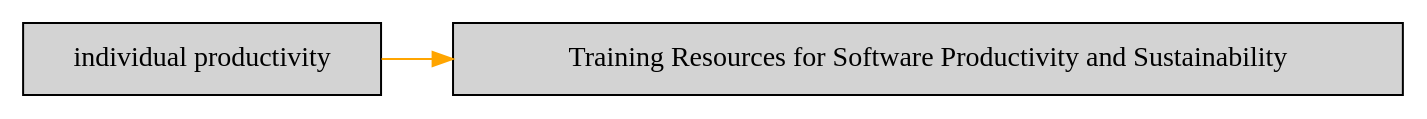
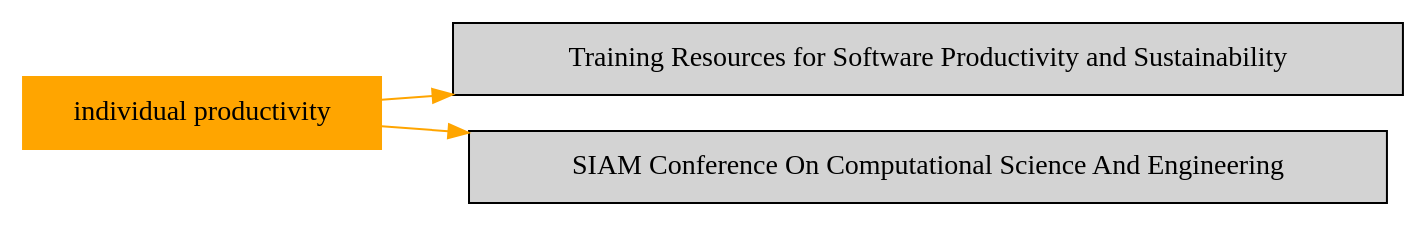
Before and after one commit to duongdo27/Dealii: the diagram in markdown/category_individual_productivity.dot, drawn with Graphviz. The commit also changed 16 other files, not shown here.

```diff
--- a/markdown/category_individual_productivity.dot
+++ b/markdown/category_individual_productivity.dot
@@ -1,8 +1,11 @@
 digraph bettersoftware {
             rankdir = LR;
             ratio = fill;
             node [style=filled];
             node [shape = box];
+"individual productivity" [colorscheme="svg" color="orange"];
 "individual productivity" ->  "CseCollaborationThroughSoftwareImprovingProductivityAndSustainability.SIAM-CSE17.md" [colorscheme="svg" color="orange"];
 "CseCollaborationThroughSoftwareImprovingProductivityAndSustainability.SIAM-CSE17.md" [label="Training Resources for Software Productivity and Sustainability" URL="http://bss.parallactic.com/resources/training-resources-for-software-productivity-and-sustainability"]
+"individual productivity" ->  "Conference.SIAM-CSE17.md" [colorscheme="svg" color="orange"];
+"Conference.SIAM-CSE17.md" [label="SIAM Conference On Computational Science And Engineering" URL="http://bss.parallactic.com/events/siam-conference-on-computational-science-and-engineering-cse17 "]
 }
```
